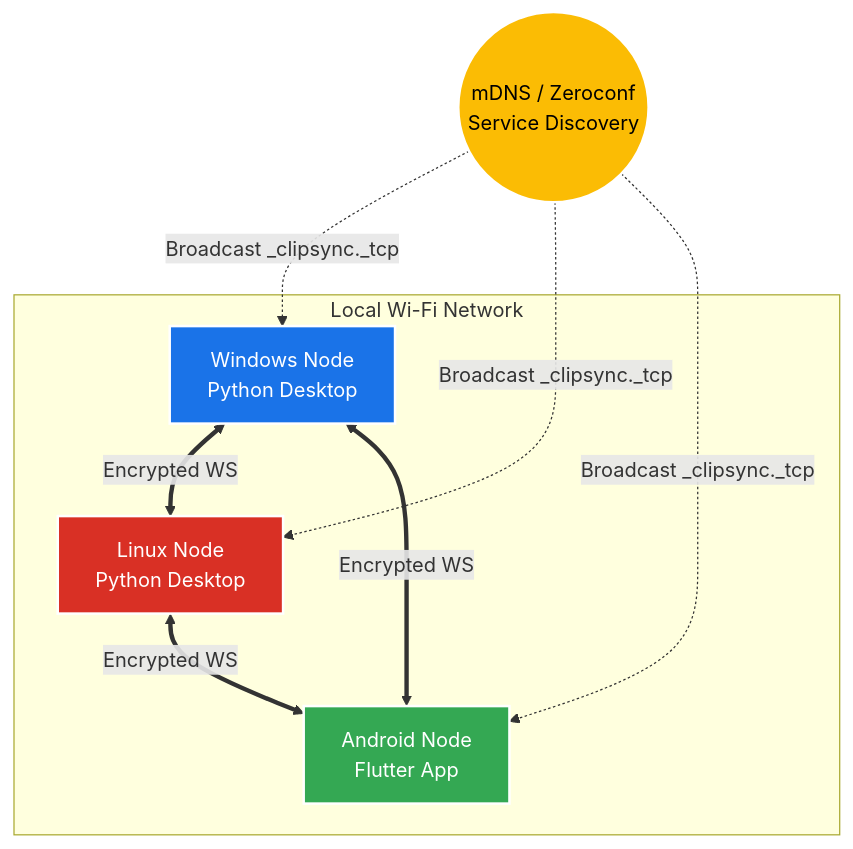
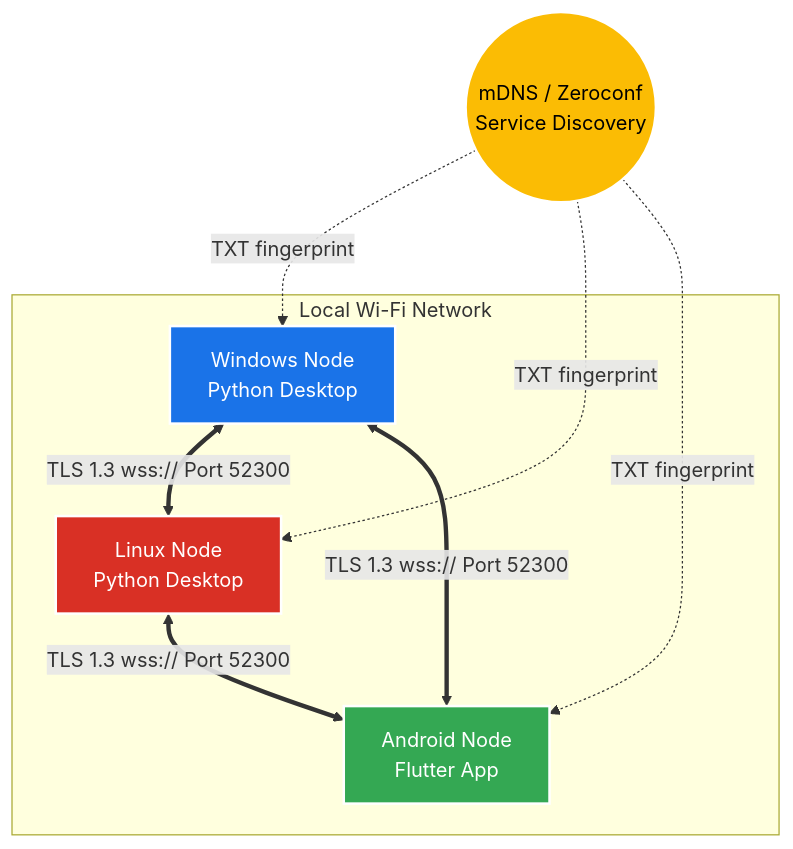
One commit to StrykarBoston/Clip-Sync changed the diagram in security_architecture.md. Above: the diagram before and after it, drawn with Mermaid. The commit also changed other lines of this file and 1 other file, not shown here.

Commit message:
Update documentation with v2.0 Security Architecture details

````diff
--- a/security_architecture.md
+++ b/security_architecture.md
@@ -9,23 +9,23 @@
 ```mermaid
 graph TD
     subgraph "Local Wi-Fi Network"
         W[Windows Node<br/>Python Desktop]
         L[Linux Node<br/>Python Desktop]
         A[Android Node<br/>Flutter App]
 
         %% Bi-directional WebSocket Tunnels
-        W <==>|Encrypted WS| L
-        L <==>|Encrypted WS| A
-        A <==>|Encrypted WS| W
+        W <==>|TLS 1.3 wss:// Port 52300| L
+        L <==>|TLS 1.3 wss:// Port 52300| A
+        A <==>|TLS 1.3 wss:// Port 52300| W
     end
 
     %% Discovery Layer
-    mDNS((mDNS / Zeroconf<br/>Service Discovery)) -.->|Broadcast _clipsync._tcp| W
-    mDNS -.->|Broadcast _clipsync._tcp| L
-    mDNS -.->|Broadcast _clipsync._tcp| A
+    mDNS((mDNS / Zeroconf<br/>Service Discovery)) -.->|TXT fingerprint| W
+    mDNS -.->|TXT fingerprint| L
+    mDNS -.->|TXT fingerprint| A
 
     style W fill:#1a73e8,stroke:#fff,stroke-width:2px,color:#fff
     style L fill:#d93025,stroke:#fff,stroke-width:2px,color:#fff
     style A fill:#34a853,stroke:#fff,stroke-width:2px,color:#fff
     style mDNS fill:#fbbc04,stroke:#fff,stroke-width:2px,color:#000
 ```
````
